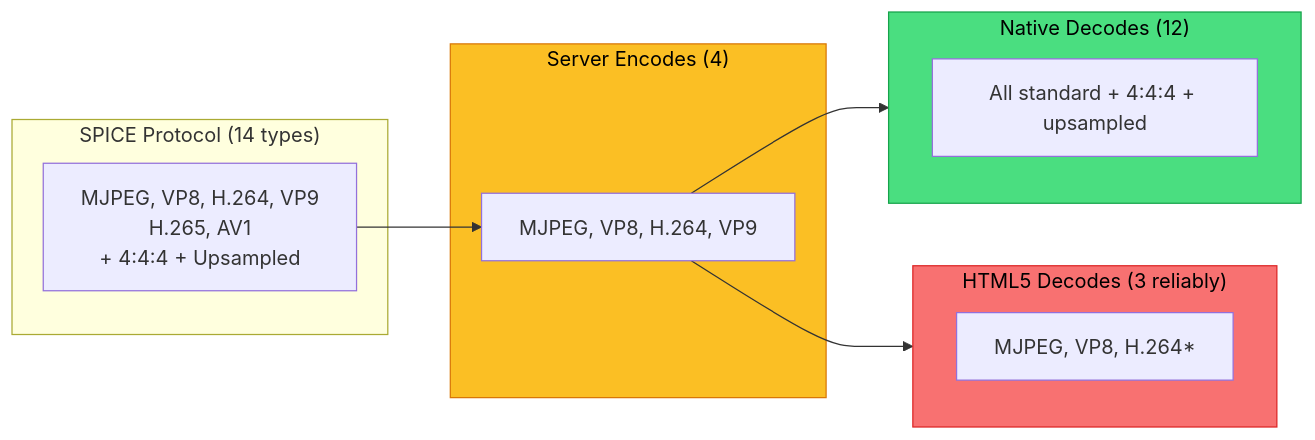
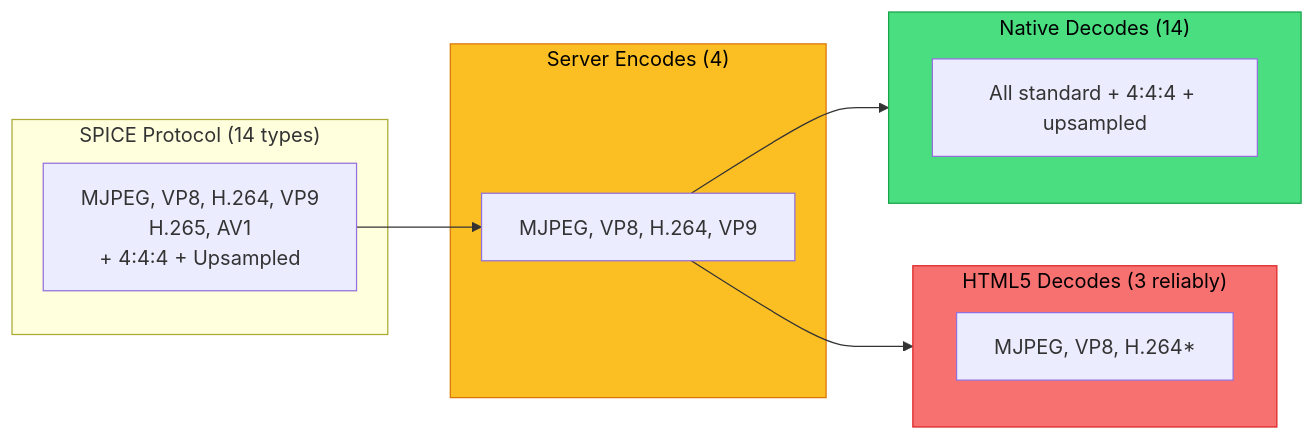
Before and after one commit to 2002Bishwajeet/osvdi-evaluation: the second of 2 diagrams in presentation/slides.md, drawn with Mermaid. The commit also changed other lines of this file and 2 other files, not shown here.

````diff
--- a/presentation/slides.md
+++ b/presentation/slides.md
@@ -1451,21 +1452,21 @@
 ```mermaid {scale: 0.6}
 graph LR
     subgraph Protocol["SPICE Protocol (14 types)"]
         P[MJPEG, VP8, H.264, VP9<br/>H.265, AV1<br/>+ 4:4:4 + Upsampled]
     end
     subgraph Server["Server Encodes (4)"]
         S[MJPEG, VP8, H.264, VP9]
     end
-    subgraph Native["Native Decodes (12)"]
+    subgraph Native["Native Decodes (14)"]
         N[All standard + 4:4:4 + upsampled]
     end
     subgraph HTML5["HTML5 Decodes (3 reliably)"]
         H[MJPEG, VP8, H.264*]
     end
     P --> S
     S --> Native
     S --> HTML5
     style Server fill:#fbbf24,stroke:#d97706,color:#000
     style HTML5 fill:#f87171,stroke:#dc2626,color:#000
     style Native fill:#4ade80,stroke:#16a34a,color:#000
 ```
````
